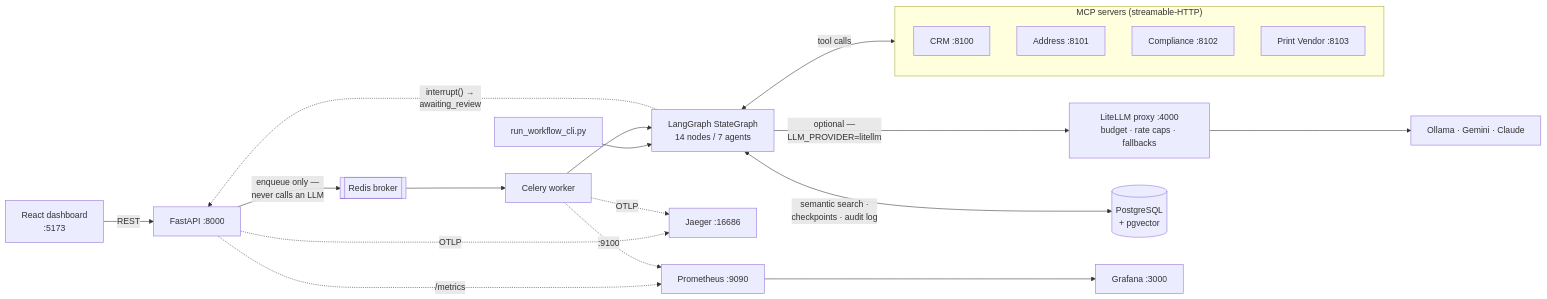
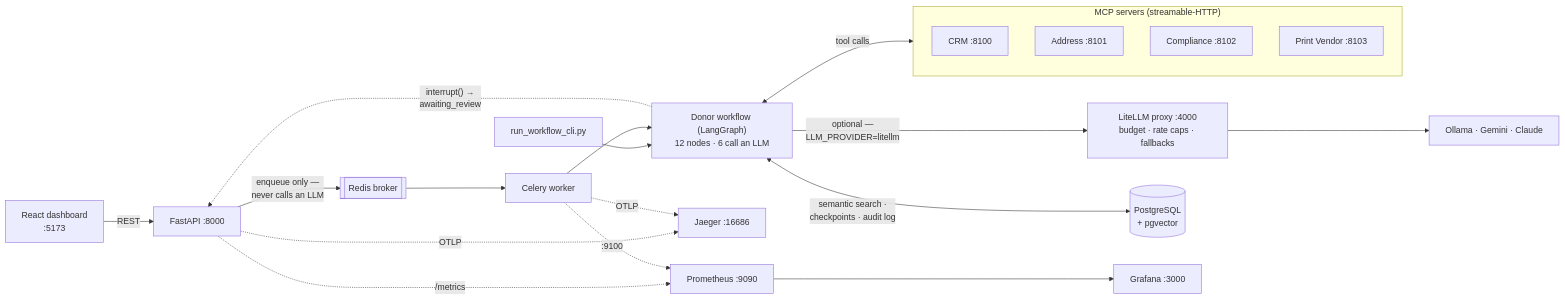
Before and after one commit to umeshkedimi/prf-ai-pipeline: the diagram in README.md, drawn with Mermaid. The commit also changed other lines of this file, not shown here.

Commit message:
README: lead with the campaign agent; document the deterministic donor workflow (12 nodes, 6 LLM) and the retired recommendation suite

````diff
--- a/README.md
+++ b/README.md
@@ -62,28 +62,28 @@
 ```mermaid
 flowchart LR
   UI["React dashboard<br/>:5173"] -->|REST| API["FastAPI :8000"]
-  CLI["run_workflow_cli.py"] --> GRAPH["LangGraph StateGraph<br/>14 nodes / 7 agents"]
+  CLI["run_workflow_cli.py"] --> GRAPH["Donor workflow (LangGraph)<br/>12 nodes · 6 call an LLM"]
 
   API -->|"enqueue only —<br/>never calls an LLM"| Q[["Redis broker"]]
   Q --> W["Celery worker"]
   W --> GRAPH
 
   subgraph MCP["MCP servers (streamable-HTTP)"]
     CRM["CRM :8100"]
     ADDR["Address :8101"]
     COMP["Compliance :8102"]
     PV["Print Vendor :8103"]
   end
 
   GRAPH <-->|"tool calls"| MCP
   GRAPH -->|"optional —<br/>LLM_PROVIDER=litellm"| LLM["LiteLLM proxy :4000<br/>budget · rate caps · fallbacks"]
   LLM --> VENDOR["Ollama · Gemini · Claude"]
   GRAPH <-->|"semantic search ·<br/>checkpoints · audit log"| PG[("PostgreSQL<br/>+ pgvector")]
   GRAPH -.->|"interrupt() →<br/>awaiting_review"| API
 
   API -.->|OTLP| J["Jaeger :16686"]
   W -.->|OTLP| J
   API -.->|"/metrics"| PROM["Prometheus :9090"]
   W -.->|":9100"| PROM
   PROM --> G["Grafana :3000"]
 ```
````
